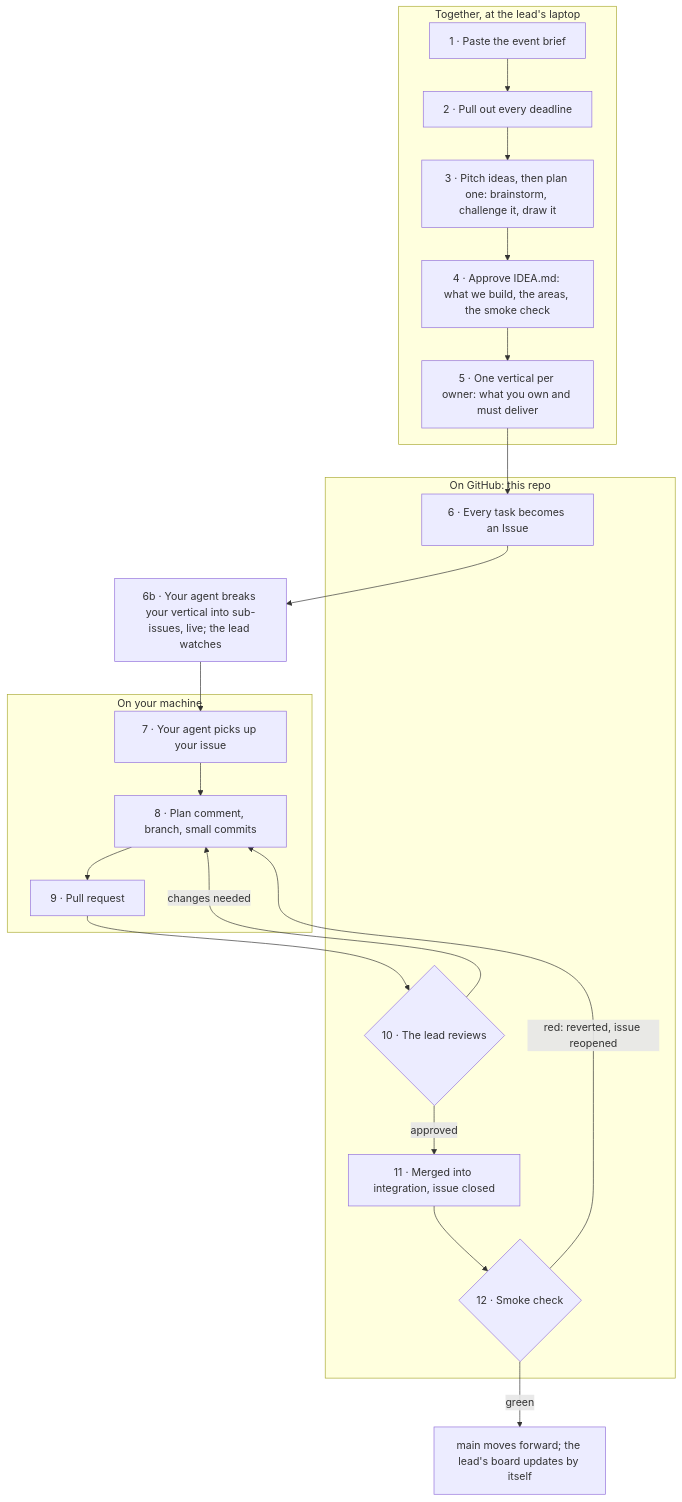
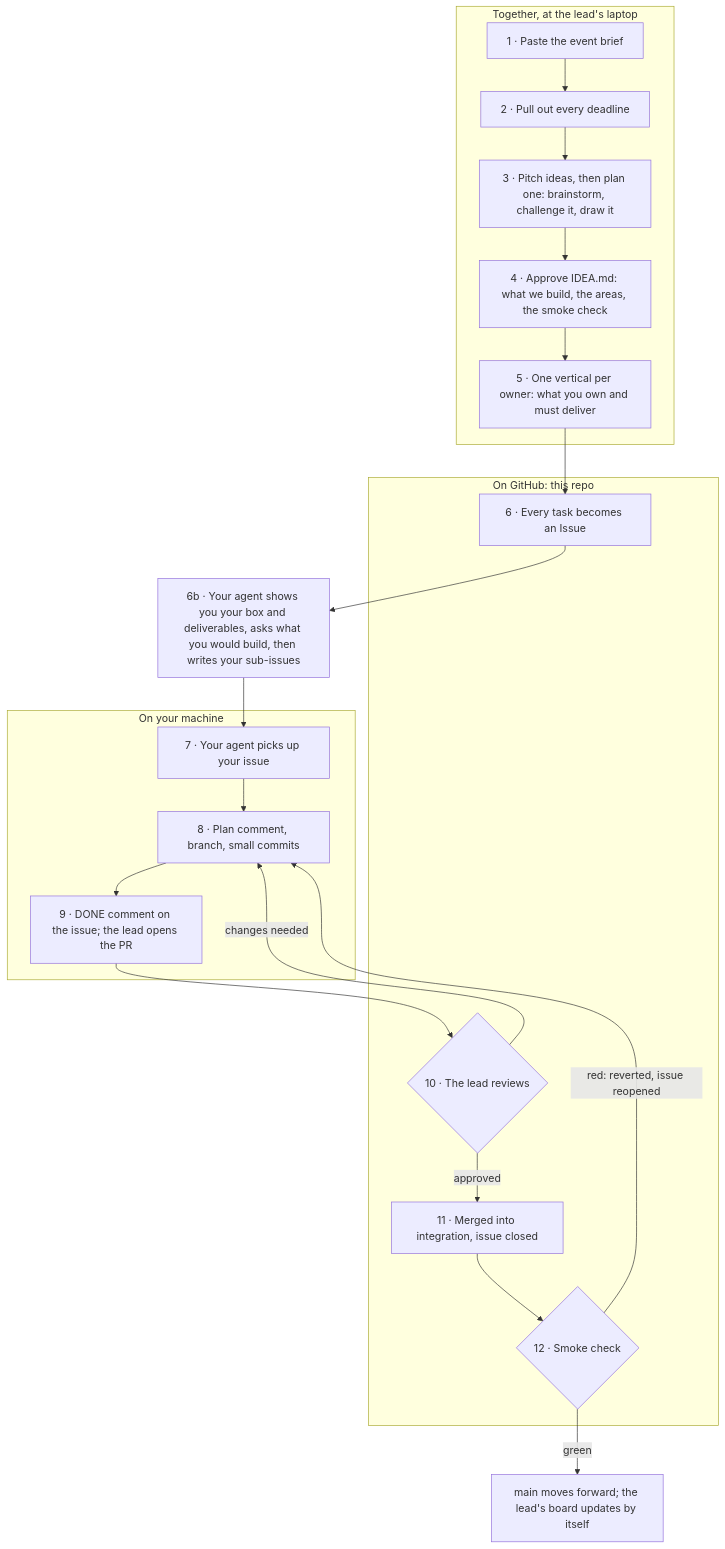
The first of 5 diagrams in README.md (atiladeokegab/hackathon_teamwork), drawn with Mermaid before and after one commit. The commit also changed other lines of this file and 4 other files, not shown here.

First line of the commit message:
feat: owners decide their vertical; agents post DONE and the lead opens the PR

````diff
--- a/README.md
+++ b/README.md
@@ -35,26 +35,26 @@
 ```mermaid
 flowchart TB
     subgraph LEAD["Together, at the lead's laptop"]
         A["1 · Paste the event brief"] --> B["2 · Pull out every deadline"]
         B --> C["3 · Pitch ideas, then plan one: brainstorm, challenge it, draw it"]
         C --> D["4 · Approve IDEA.md: what we build, the areas, the smoke check"]
         D --> E["5 · One vertical per owner: what you own and must deliver"]
     end
     subgraph GH["On GitHub: this repo"]
         F["6 · Every task becomes an Issue"]
         R{"10 · The lead reviews"}
         M["11 · Merged into integration, issue closed"]
         S{"12 · Smoke check"}
     end
     subgraph YOU["On your machine"]
         G["7 · Your agent picks up your issue"] --> H["8 · Plan comment, branch, small commits"]
-        H --> I["9 · Pull request"]
+        H --> I["9 · DONE comment on the issue; the lead opens the PR"]
     end
-    E --> F --> V["6b · Your agent breaks your vertical into sub-issues, live; the lead watches"] --> G
+    E --> F --> V["6b · Your agent shows you your box and deliverables, asks what you would build, then writes your sub-issues"] --> G
     I --> R
     R -- "changes needed" --> H
     R -- "approved" --> M
     M --> S
     S -- "green" --> N["main moves forward; the lead's board updates by itself"]
     S -- "red: reverted, issue reopened" --> H
 ```
````
